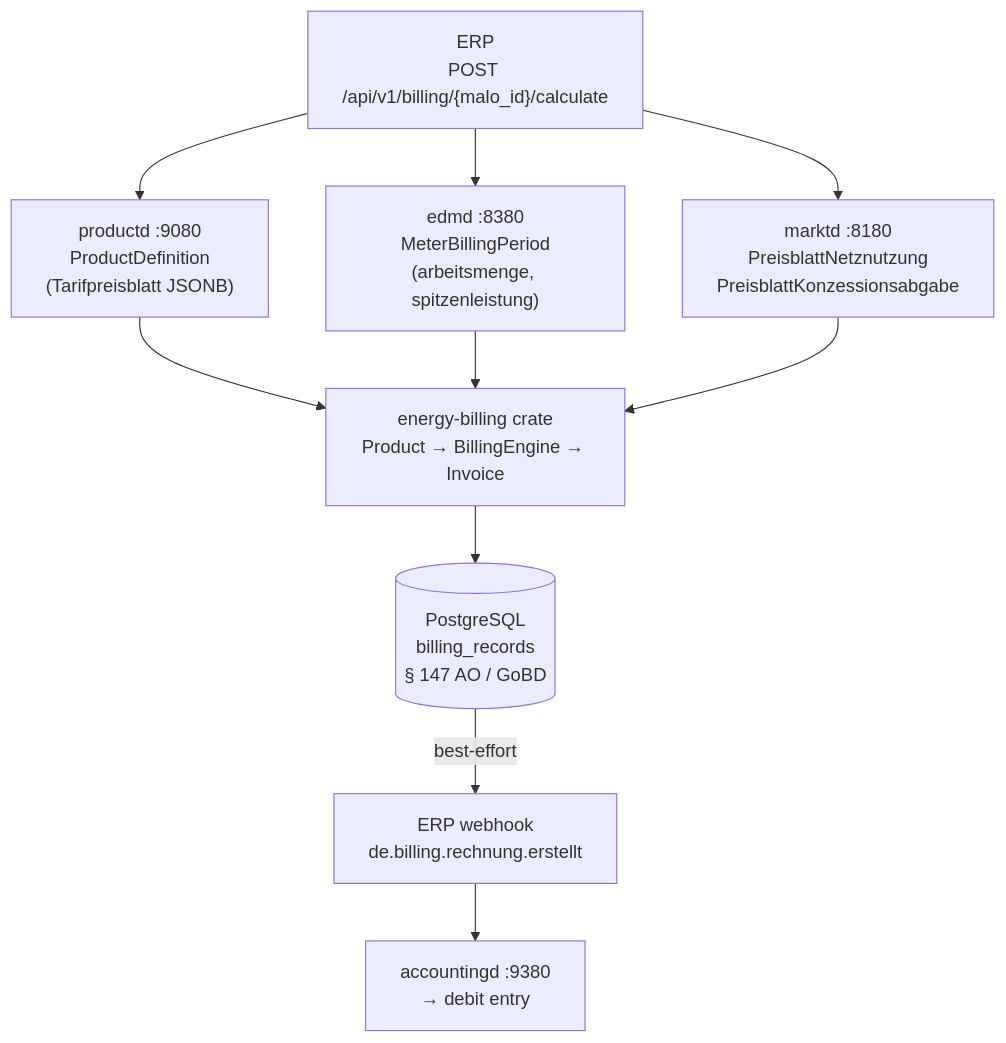
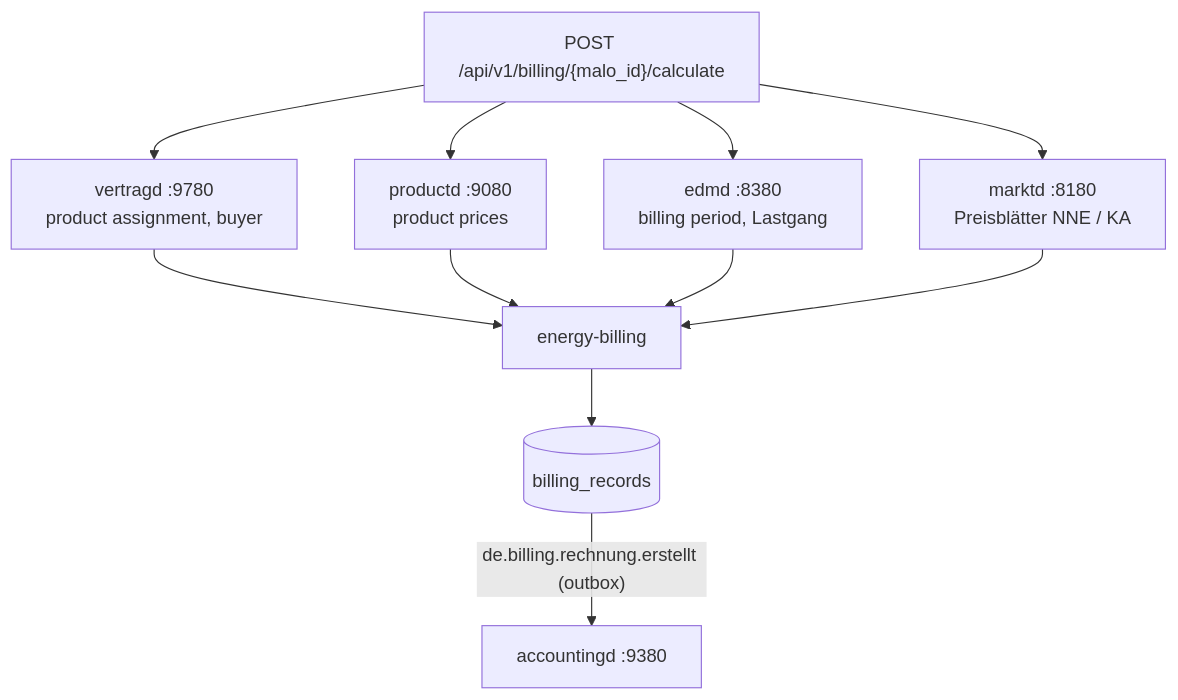
One commit to hupe1980/mako changed the first of 2 diagrams in site/content/docs/services/billingd.md. Above: the diagram before and after it, drawn with Mermaid. The commit also changed other lines of this file and 1091 other files, not shown here.

````diff
--- a/site/content/docs/services/billingd.md
+++ b/site/content/docs/services/billingd.md
@@ -105,21 +73,14 @@
 ```mermaid
 graph TB
-    ERP["ERP<br/>POST /api/v1/billing/{malo_id}/calculate"]
-    productd["productd :9080<br/>ProductDefinition<br/>(Tarifpreisblatt JSONB)"]
-    edmd["edmd :8380<br/>MeterBillingPeriod<br/>(arbeitsmenge, spitzenleistung)"]
-    marktd["marktd :8180<br/>PreisblattNetznutzung<br/>PreisblattKonzessionsabgabe"]
-    calculator["energy-billing crate<br/>Product → BillingEngine → Invoice"]
-    pg[("PostgreSQL<br/>billing_records<br/>§ 147 AO / GoBD")]
-    erp_hook["ERP webhook<br/>de.billing.rechnung.erstellt"]
-    accountingd["accountingd :9380<br/>→ debit entry"]
+    ERP["POST /api/v1/billing/{malo_id}/calculate"]
+    vertragd["vertragd :9780<br/>product assignment, buyer"]
+    productd["productd :9080<br/>product prices"]
+    edmd["edmd :8380<br/>billing period, Lastgang"]
+    marktd["marktd :8180<br/>Preisblätter NNE / KA"]
+    engine["energy-billing"]
+    pg[("billing_records")]
+    accountingd["accountingd :9380"]
 
-    ERP --> productd
-    ERP --> edmd
-    ERP --> marktd
-    productd --> calculator
-    edmd --> calculator
-    marktd --> calculator
-    calculator --> pg
-    pg -->|"best-effort"| erp_hook
-    erp_hook --> accountingd
+    ERP --> vertragd & productd & edmd & marktd --> engine --> pg
+    pg -->|"de.billing.rechnung.erstellt (outbox)"| accountingd
 ```
````
